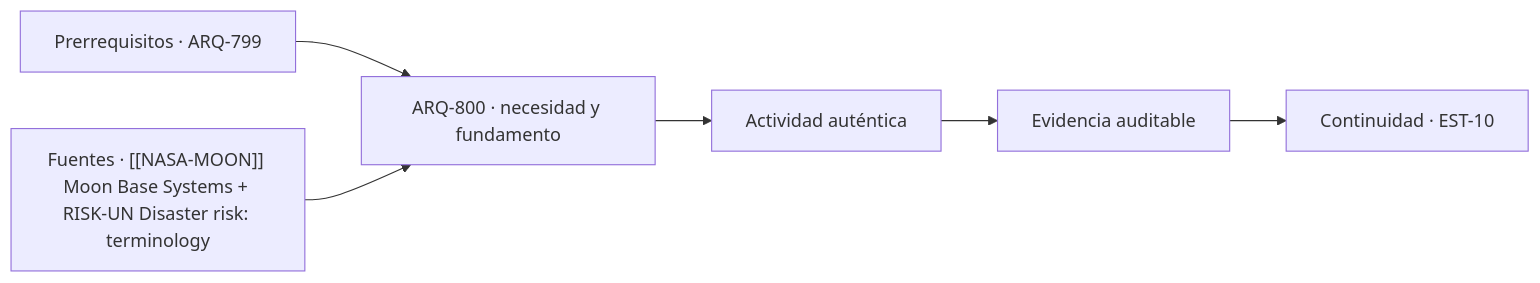
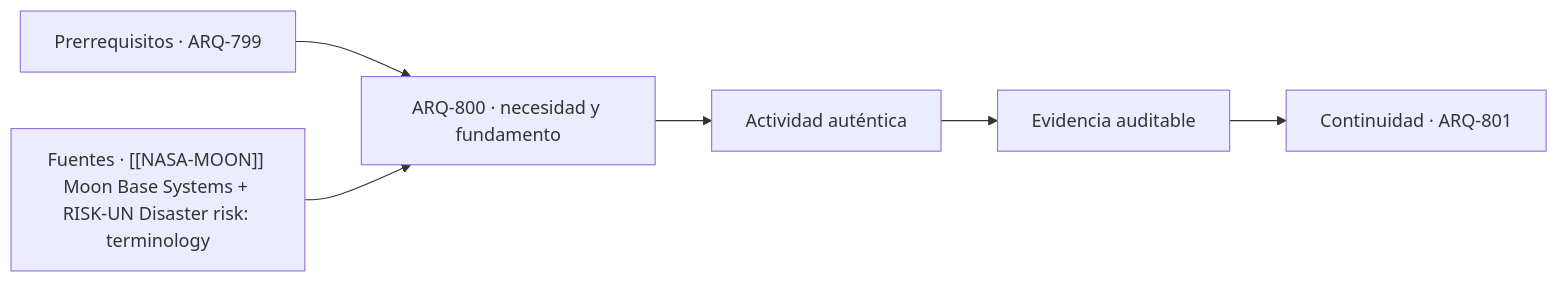
Before and after one commit to vladimiracunadev-create/architecture-built-environment-learning-program: the second of 2 diagrams in classes/parte-80/ARQ-800.md, drawn with Mermaid. The commit also changed other lines of this file and 234 other files, not shown here.

````diff
--- a/classes/parte-80/ARQ-800.md
+++ b/classes/parte-80/ARQ-800.md
@@ -161,8 +161,8 @@
 ```mermaid
 flowchart LR
     A["Prerrequisitos · ARQ-799"] --> B["ARQ-800 · necesidad y fundamento"]
     S["Fuentes · [[NASA-MOON]] Moon Base Systems + RISK-UN Disaster risk: terminology"] --> B
     B --> C["Actividad auténtica"]
     C --> D["Evidencia auditable"]
-    D --> E["Continuidad · EST-10"]
+    D --> E["Continuidad · ARQ-801"]
 ```
````
